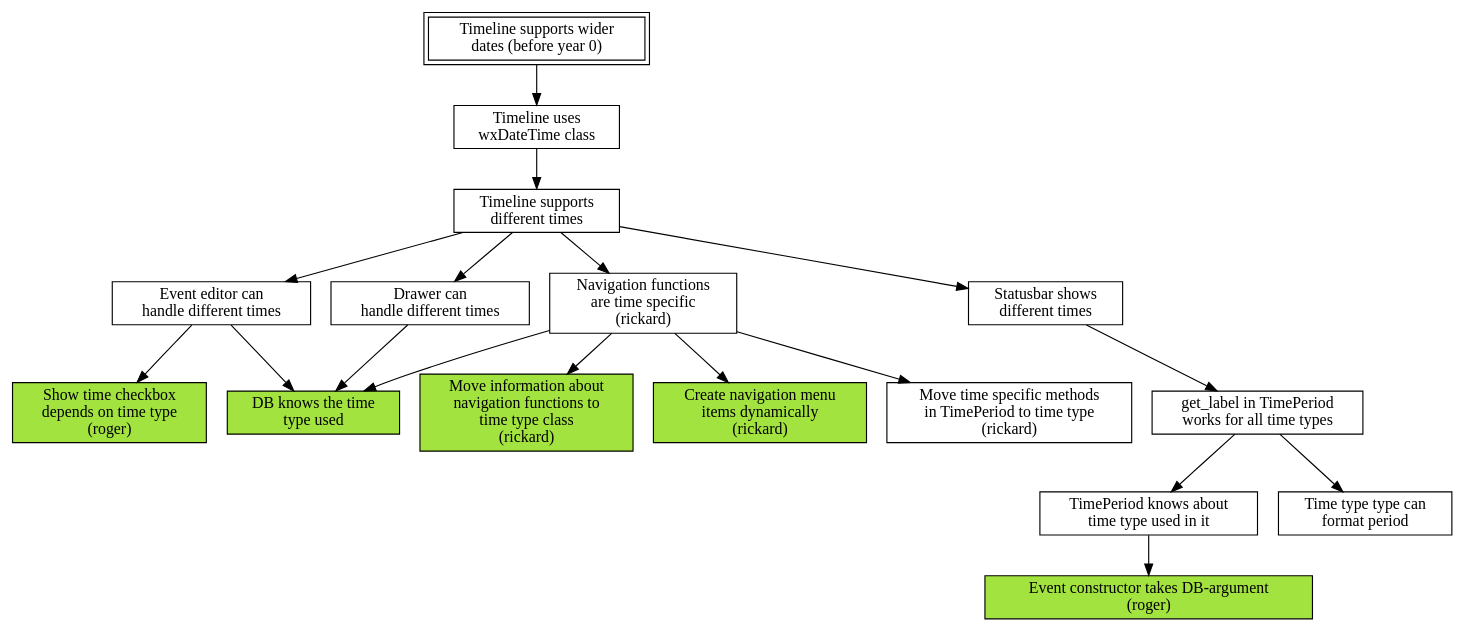
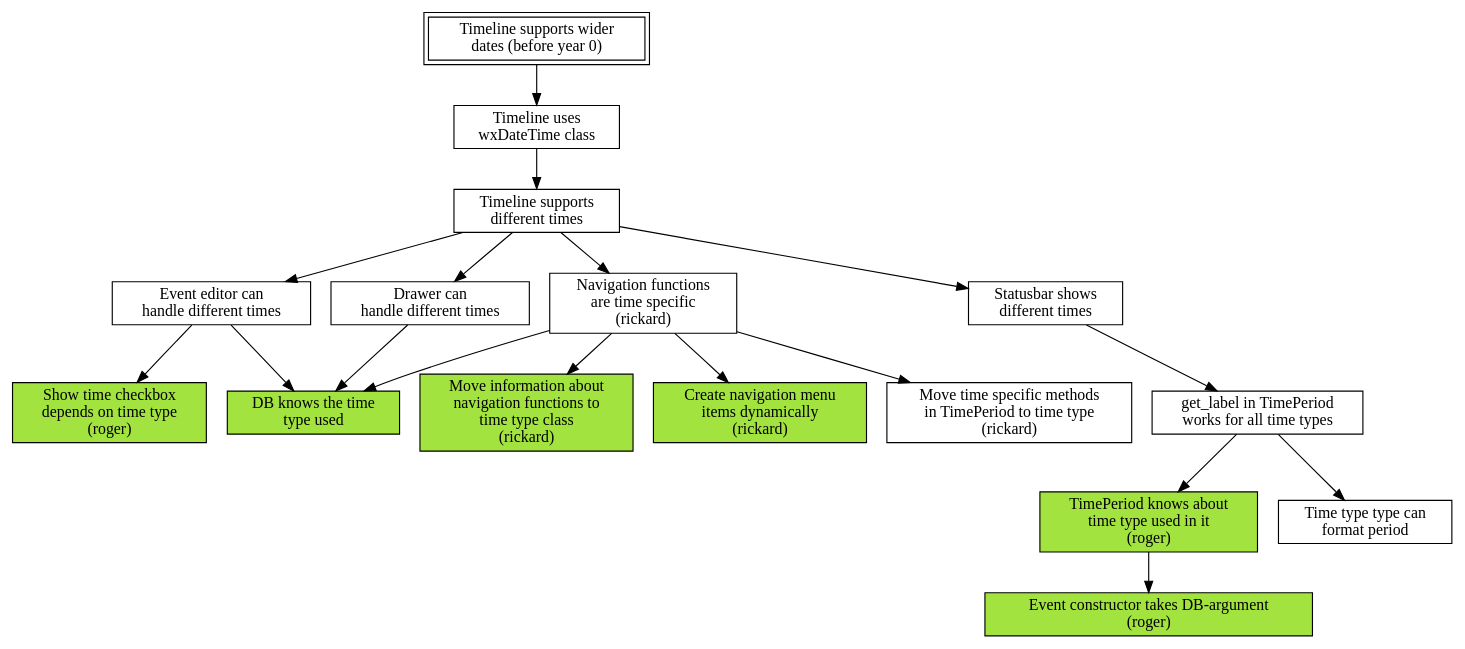
The diagram in mikado.dot (shutaozhenzhen/thetimelineproj), drawn with Graphviz before and after one commit.

Commit message:
Update mikado graph

```diff
--- a/mikado.dot
+++ b/mikado.dot
@@ -1,61 +1,62 @@
 digraph mikado
 {
     node [shape=box];
 
     wider_dates [label="Timeline supports wider\ndates (before year 0)"];
     wider_dates [peripheries=2];
         wider_dates -> switch_to_wx_time;
 
     switch_to_wx_time [label="Timeline uses\nwxDateTime class"];
         switch_to_wx_time -> different_time;
 
     different_time [label="Timeline supports\ndifferent times "];
         different_time -> event_editor;
         different_time -> drawer;
         different_time -> navigation;
         different_time -> status_bar;
 
     event_editor [label="Event editor can\nhandle different times"];
         event_editor -> show_time;
         event_editor -> db_has_type_info;
 
     drawer [label="Drawer can\nhandle different times"];
         drawer -> db_has_type_info;
 
     navigation [label="Navigation functions\nare time specific\n(rickard)"];
         navigation -> db_has_type_info;
         navigation -> move_nav_to_time_type;
         navigation -> create_menu_items_dynamically;
         navigation -> time_period;
 
     status_bar [label="Statusbar shows\ndifferent times"];
         status_bar -> get_label;
         get_label -> time_period_knows_type;
 
     get_label [label="get_label in TimePeriod\nworks for all time types"];
         get_label -> type_format;
 
-    time_period_knows_type [label="TimePeriod knows about\ntime type used in it"];
+    time_period_knows_type [label="TimePeriod knows about\ntime type used in it\n(roger)"];
+    time_period_knows_type [style=filled,fillcolor="#A2E33F"];
 	time_period_knows_type -> event_constructor;
 
     // Leaves
 
     show_time [label="Show time checkbox\ndepends on time type\n(roger)"];
     show_time [style=filled,fillcolor="#A2E33F"];
 
     db_has_type_info [label="DB knows the time\ntype used"];
     db_has_type_info [style=filled,fillcolor="#A2E33F"];
 
     move_nav_to_time_type [label="Move information about\nnavigation functions to\ntime type class\n(rickard)"];
     move_nav_to_time_type [style=filled,fillcolor="#A2E33F"];
 
     create_menu_items_dynamically [label="Create navigation menu\nitems dynamically\n(rickard)"];
     create_menu_items_dynamically [style=filled,fillcolor="#A2E33F"];
 
     time_period [label="Move time specific methods\nin TimePeriod to time type\n(rickard)"];
 
     type_format [label="Time type type can\nformat period"];
     
     event_constructor [label="Event constructor takes DB-argument\n(roger)"];
     event_constructor [style=filled,fillcolor="#A2E33F"];
 }
```
